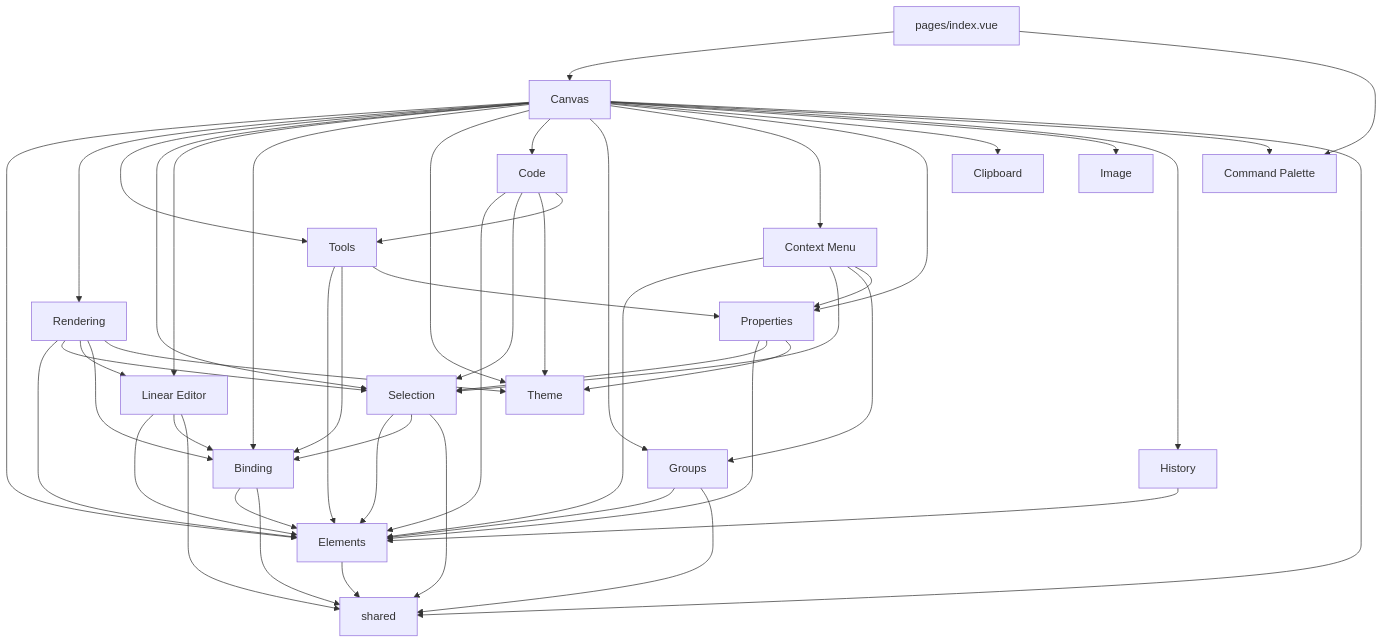
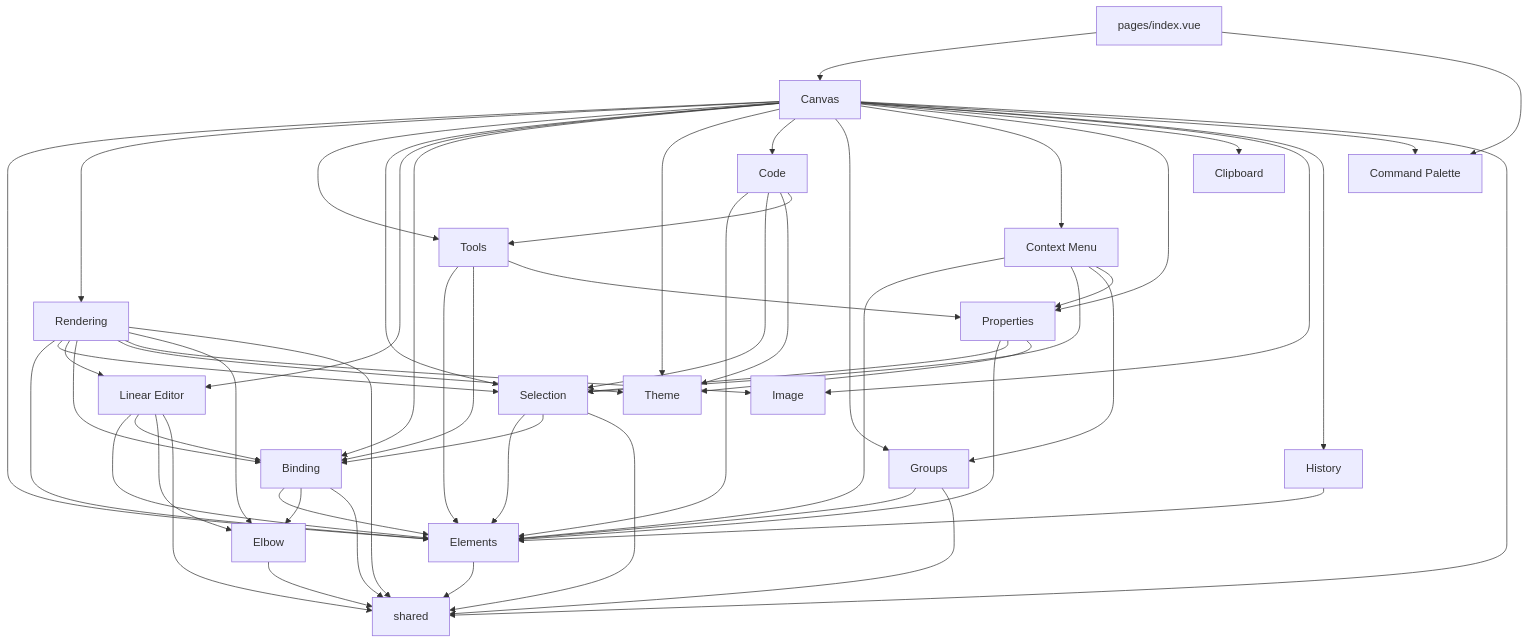
Before and after one commit to alexanderop/excalidrawNuxt: the first of 2 diagrams in docs/SYSTEM_KNOWLEDGE_MAP.md, drawn with Mermaid. The commit also changed other lines of this file and 52 other files, not shown here.

````diff
--- a/docs/SYSTEM_KNOWLEDGE_MAP.md
+++ b/docs/SYSTEM_KNOWLEDGE_MAP.md
@@ -30,64 +51,71 @@
 ```mermaid
 graph TD
     Pages[pages/index.vue] --> Canvas
     Canvas --> Elements
     Canvas --> Rendering
     Canvas --> Tools
     Canvas --> Selection
     Canvas --> LinearEditor[Linear Editor]
     Canvas --> Binding
     Canvas --> Theme
     Canvas --> Code
     Canvas --> Groups
     Canvas --> ContextMenu[Context Menu]
     Canvas --> Properties
     Canvas --> Clipboard
     Canvas --> Image
     Canvas --> History
     Canvas --> CommandPalette[Command Palette]
 
     History --> Elements
 
     ContextMenu --> Elements
     ContextMenu --> Selection
     ContextMenu --> Groups
     ContextMenu --> Properties
 
     Properties --> Elements
     Properties --> Selection
     Properties --> Theme
 
     Tools --> Elements
     Tools --> Binding
     Tools --> Properties
 
     Code --> Elements
     Code --> Selection
     Code --> Theme
     Code --> Tools
 
     Rendering --> Elements
     Rendering --> Selection
     Rendering --> LinearEditor
     Rendering --> Binding
     Rendering --> Theme
+    Rendering --> Image
+    Rendering --> Elbow
 
     Selection --> Elements
     Selection --> Binding
 
     LinearEditor --> Elements
     LinearEditor --> Binding
+    LinearEditor --> Elbow
 
     Binding --> Elements
+    Binding --> Elbow
+
+    Elbow --> shared
 
     Groups --> Elements
 
     Pages --> CommandPalette
 
     Elements --> shared
     Canvas --> shared
     Selection --> shared
     LinearEditor --> shared
     Binding --> shared
     Groups --> shared
+    Rendering --> shared
 ```
````
